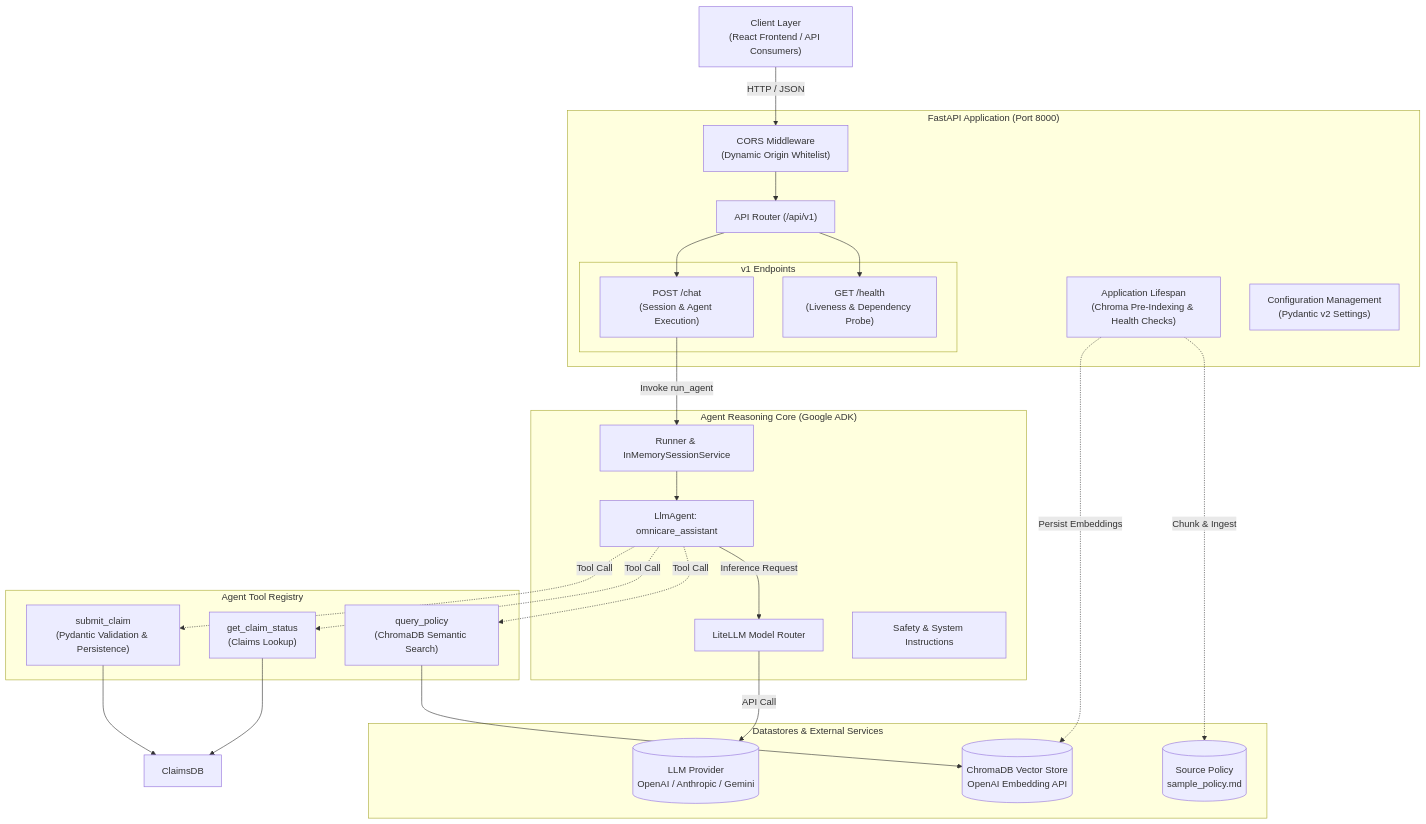
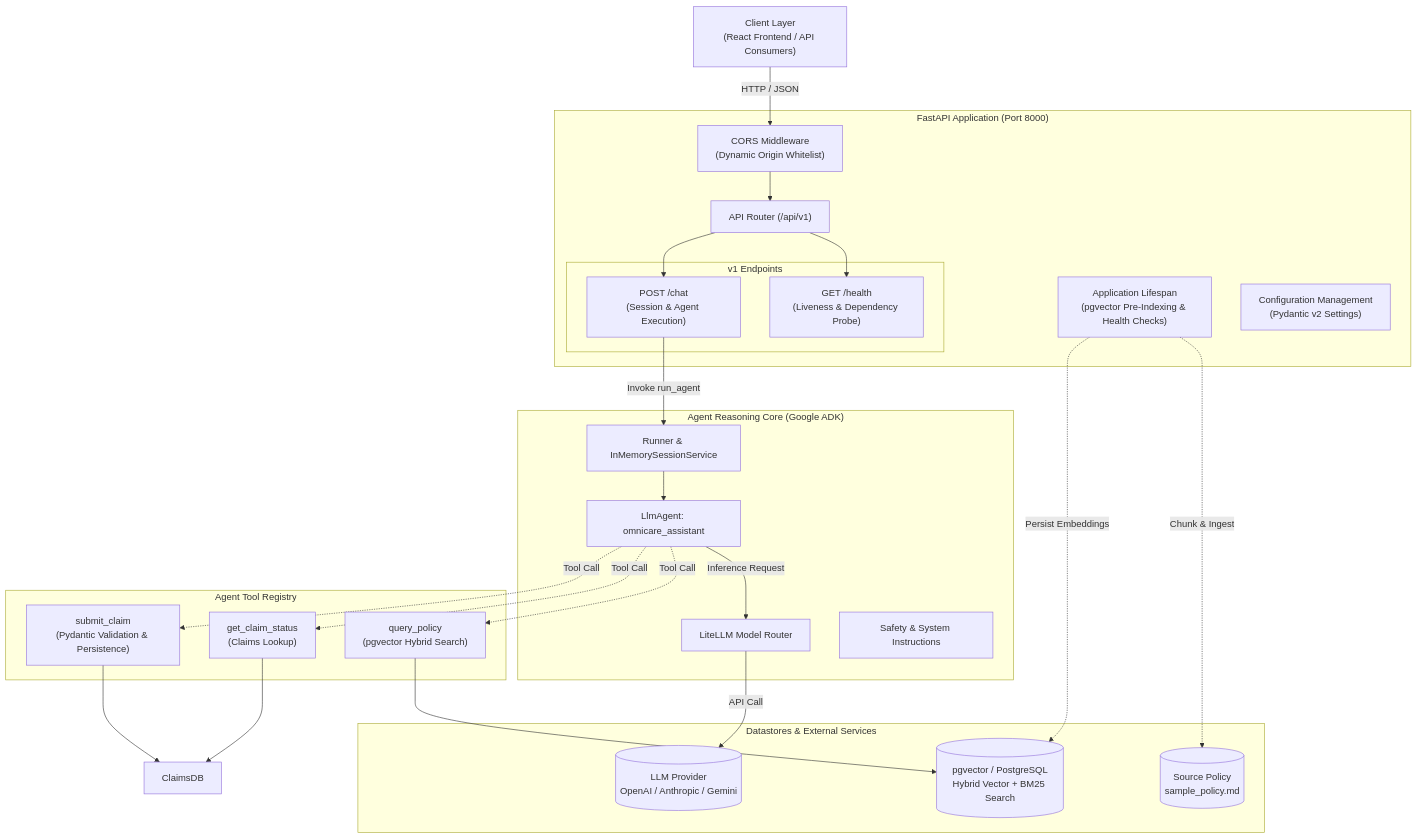
Before and after one commit to eslam-aboutaleb/financial-Assistant: the first of 2 diagrams in backend/README.md, drawn with Mermaid. The commit also changed other lines of this file and 66 other files, not shown here.

````diff
--- a/backend/README.md
+++ b/backend/README.md
@@ -13,56 +13,56 @@
 ```mermaid
 graph TD
     Client["Client Layer<br/>(React Frontend / API Consumers)"]
 
     subgraph FastAPI_Service["FastAPI Application (Port 8000)"]
         CORS["CORS Middleware<br/>(Dynamic Origin Whitelist)"]
-        Lifespan["Application Lifespan<br/>(Chroma Pre-Indexing & Health Checks)"]
+        Lifespan["Application Lifespan<br/>(pgvector Pre-Indexing & Health Checks)"]
         Router["API Router (/api/v1)"]
 
         subgraph Endpoints["v1 Endpoints"]
             HealthEP["GET /health<br/>(Liveness & Dependency Probe)"]
             ChatEP["POST /chat<br/>(Session & Agent Execution)"]
         end
 
         Config["Configuration Management<br/>(Pydantic v2 Settings)"]
     end
 
     subgraph Agent_Core["Agent Reasoning Core (Google ADK)"]
         AgentRunner["Runner & InMemorySessionService"]
         LlmAgent["LlmAgent: omnicare_assistant"]
         LiteLLM["LiteLLM Model Router"]
         SystemPrompt["Safety & System Instructions"]
     end
 
     subgraph Tools_Layer["Agent Tool Registry"]
-        ToolRAG["query_policy<br/>(ChromaDB Semantic Search)"]
+        ToolRAG["query_policy<br/>(pgvector Hybrid Search)"]
         ToolStatus["get_claim_status<br/>(Claims Lookup)"]
         ToolSubmit["submit_claim<br/>(Pydantic Validation & Persistence)"]
     end
 
     subgraph Storage_Layer["Datastores & External Services"]
-        ChromaStore[("ChromaDB Vector Store<br/>OpenAI Embedding API")]
+        PgVectorStore[("pgvector / PostgreSQL<br/>Hybrid Vector + BM25 Search")]
         PolicyDoc[("Source Policy<br/>sample_policy.md")]
         LLMProvider[("LLM Provider<br/>OpenAI / Anthropic / Gemini")]
     end
 
     Client -->|HTTP / JSON| CORS
     CORS --> Router
     Router --> HealthEP
     Router --> ChatEP
 
     ChatEP -->|Invoke run_agent| AgentRunner
     AgentRunner --> LlmAgent
     LlmAgent -->|Inference Request| LiteLLM
     LiteLLM -->|API Call| LLMProvider
 
     LlmAgent -.->|Tool Call| ToolRAG
     LlmAgent -.->|Tool Call| ToolStatus
     LlmAgent -.->|Tool Call| ToolSubmit
 
-    ToolRAG --> ChromaStore
+    ToolRAG --> PgVectorStore
     ToolStatus --> ClaimsDB
     ToolSubmit --> ClaimsDB
     Lifespan -.->|Chunk & Ingest| PolicyDoc
-    Lifespan -.->|Persist Embeddings| ChromaStore
+    Lifespan -.->|Persist Embeddings| PgVectorStore
 ```
````
